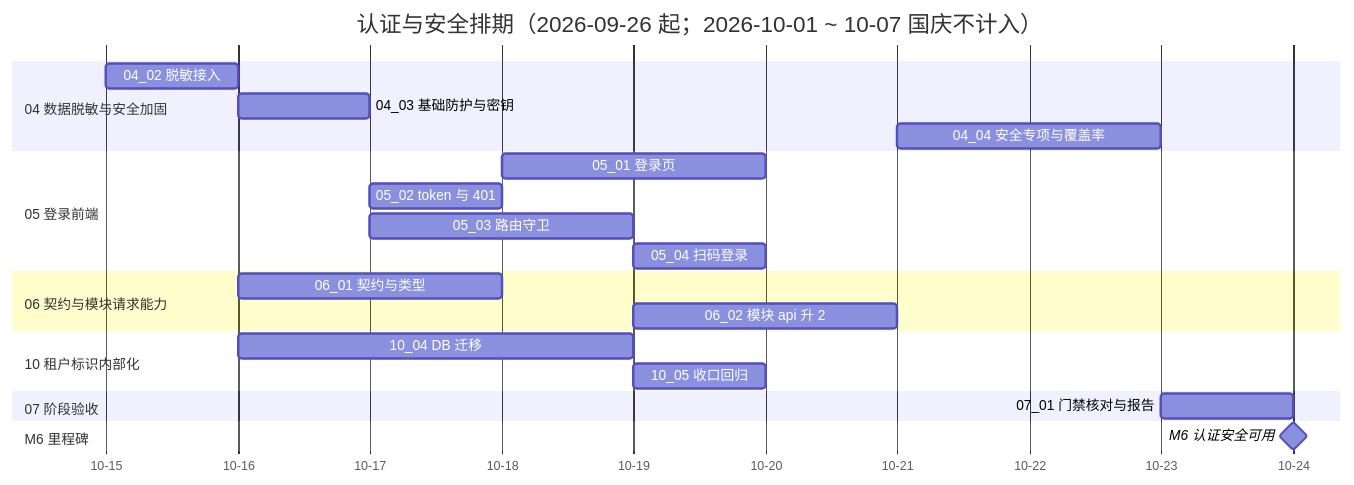
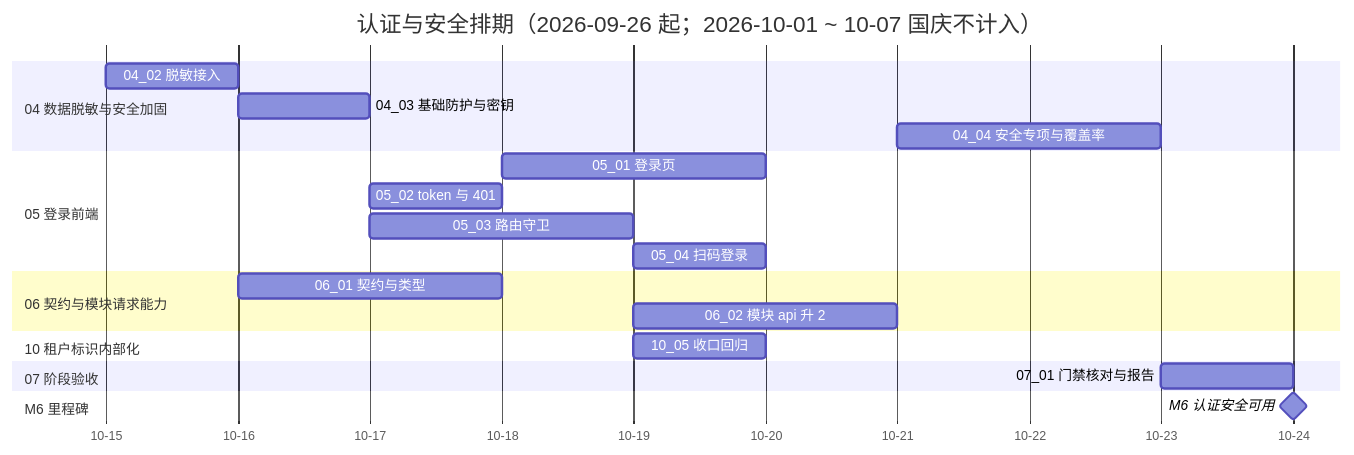
One commit to minjian123/basic-management-system changed the diagram in bms文档/项目/06_认证与安全/计划/01_计划_认证与安全.md. Above: the diagram before and after it, drawn with Mermaid. The commit also changed other lines of this file and 16 other files, not shown here.

````diff
--- a/bms文档/项目/06_认证与安全/计划/01_计划_认证与安全.md
+++ b/bms文档/项目/06_认证与安全/计划/01_计划_认证与安全.md
@@ -72,26 +72,25 @@
 ```mermaid
 gantt
     title 认证与安全排期（2026-09-26 起；2026-10-01 ~ 10-07 国庆不计入）
     dateFormat  YYYY-MM-DD
     axisFormat %m-%d
     section 04 数据脱敏与安全加固
     04_02 脱敏接入 :d2, 2026-10-15, 1d
     04_03 基础防护与密钥 :d3, 2026-10-16, 1d
     04_04 安全专项与覆盖率 :d4, 2026-10-21, 2d
     section 05 登录前端
     05_01 登录页 :e1, 2026-10-18, 2d
     05_02 token 与 401 :e2, 2026-10-17, 1d
     05_03 路由守卫 :e3, 2026-10-17, 2d
     05_04 扫码登录 :e4, 2026-10-19, 1d
     section 06 契约与模块请求能力
     06_01 契约与类型 :f1, 2026-10-16, 2d
     06_02 模块 api 升 2 :f2, 2026-10-19, 2d
     section 10 租户标识内部化
-    10_04 DB 迁移 :j4, 2026-10-16, 3d
     10_05 收口回归 :j5, 2026-10-19, 1d
 
     section 07 阶段验收
     07_01 门禁核对与报告 :g1, 2026-10-23, 1d
     section M6 里程碑
     M6 认证安全可用 :milestone, mm6, 2026-10-24, 0d
 ```
````
